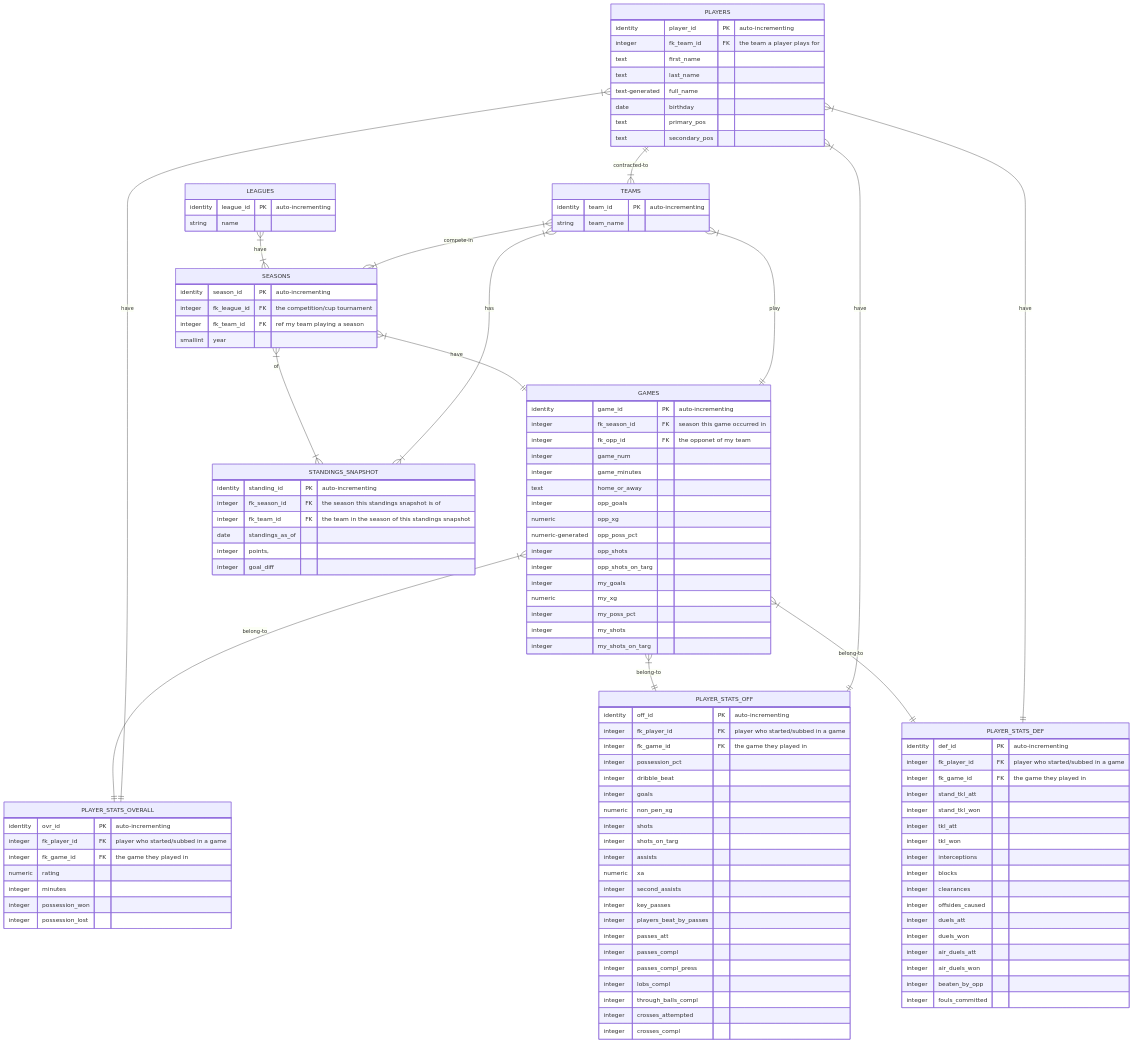
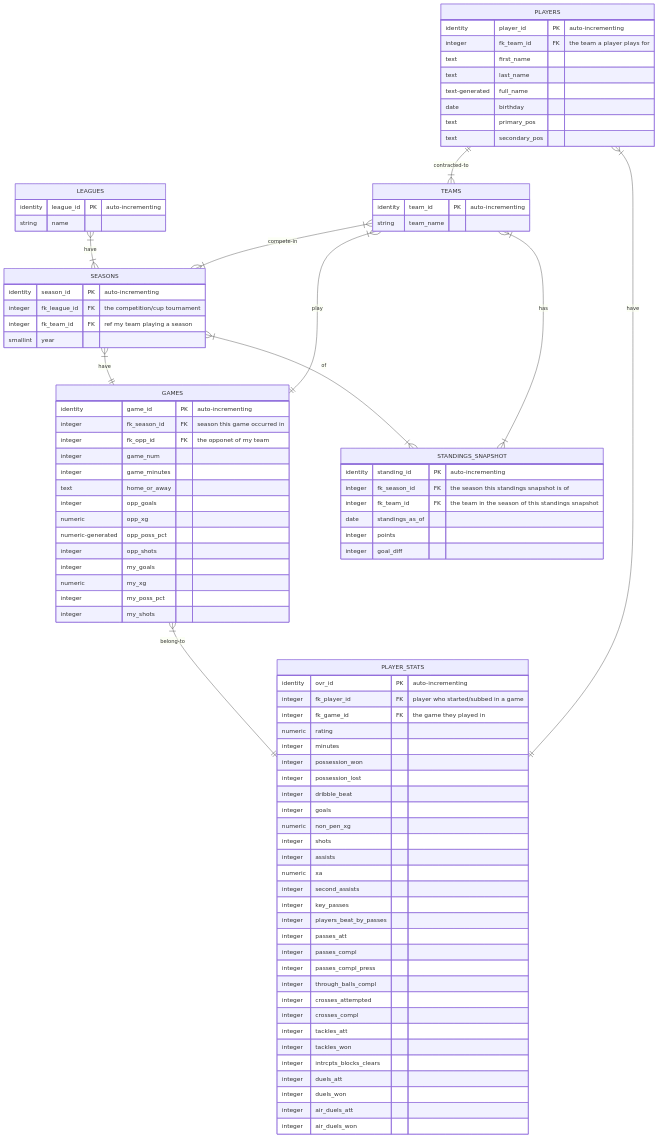
One commit to BrandonHoeft/fifa-career-mode-db changed the diagram in README.md. Above: the diagram before and after it, drawn with Mermaid. The commit also changed 1 other file, not shown here.

Commit message:
update: use a single player_stats table to replace 3 previous ones player_overall, player_off, player_def

```diff
--- a/README.md
+++ b/README.md
@@ -42,12 +42,10 @@
             numeric opp_xg
             numeric-generated opp_poss_pct
             integer opp_shots
-            integer opp_shots_on_targ
             integer my_goals
             numeric my_xg
             integer my_poss_pct
             integer my_shots
-            integer my_shots_on_targ
        }
     TEAMS }|--|| GAMES : play
     PLAYERS ||--|{ TEAMS : contracted-to
@@ -62,8 +60,8 @@
             text secondary_pos
         }
     
-    GAMES }|--|| PLAYER_STATS_OVERALL : belong-to
-        PLAYER_STATS_OVERALL {
+    GAMES }|--|| PLAYER_STATS : belong-to
+        PLAYER_STATS {
             identity ovr_id PK "auto-incrementing"
             integer fk_player_id FK "player who started/subbed in a game"
             integer fk_game_id  FK "the game they played in"
@@ -71,21 +69,10 @@
             integer minutes
             integer possession_won
             integer possession_lost
-        }
-    PLAYERS }|--|| PLAYER_STATS_OVERALL : have
- 
- 
-    GAMES }|--|| PLAYER_STATS_OFF : belong-to
-        PLAYER_STATS_OFF {
-            identity off_id PK "auto-incrementing"
-            integer fk_player_id FK "player who started/subbed in a game"
-            integer fk_game_id FK "the game they played in"
-            integer possession_pct
             integer dribble_beat
             integer goals
             numeric non_pen_xg
             integer shots
-            integer shots_on_targ
             integer assists
             numeric xa
             integer second_assists
@@ -94,38 +81,20 @@
             integer passes_att
             integer passes_compl
             integer passes_compl_press
-            integer lobs_compl
             integer through_balls_compl
             integer crosses_attempted
             integer crosses_compl
-            
-        }
- 
-    PLAYERS }|--|| PLAYER_STATS_OFF : have
- 
- 
-    GAMES }|--|| PLAYER_STATS_DEF : belong-to
-        PLAYER_STATS_DEF {
-            identity def_id PK "auto-incrementing"
-            integer fk_player_id FK "player who started/subbed in a game"
-            integer fk_game_id FK  "the game they played in"
-            integer stand_tkl_att
-            integer stand_tkl_won
-            integer tkl_att
-            integer tkl_won
-            integer interceptions
-            integer blocks
-            integer clearances
-            integer offsides_caused
+            integer tackles_att
+            integer tackles_won
+            integer intrcpts_blocks_clears
             integer duels_att
             integer duels_won
             integer air_duels_att
             integer air_duels_won
-            integer beaten_by_opp
-            integer fouls_committed            
+            
         }
+    PLAYERS }|--|| PLAYER_STATS : have
  
-    PLAYERS }|--|| PLAYER_STATS_DEF : have
 
     SEASONS }|--|{ STANDINGS_SNAPSHOT: of
         STANDINGS_SNAPSHOT {
@@ -133,7 +102,7 @@
             integer fk_season_id FK  "the season this standings snapshot is of"
             integer fk_team_id FK "the team in the season of this standings snapshot"
             date standings_as_of
-            integer points,
+            integer points
             integer goal_diff
         }
     
```
